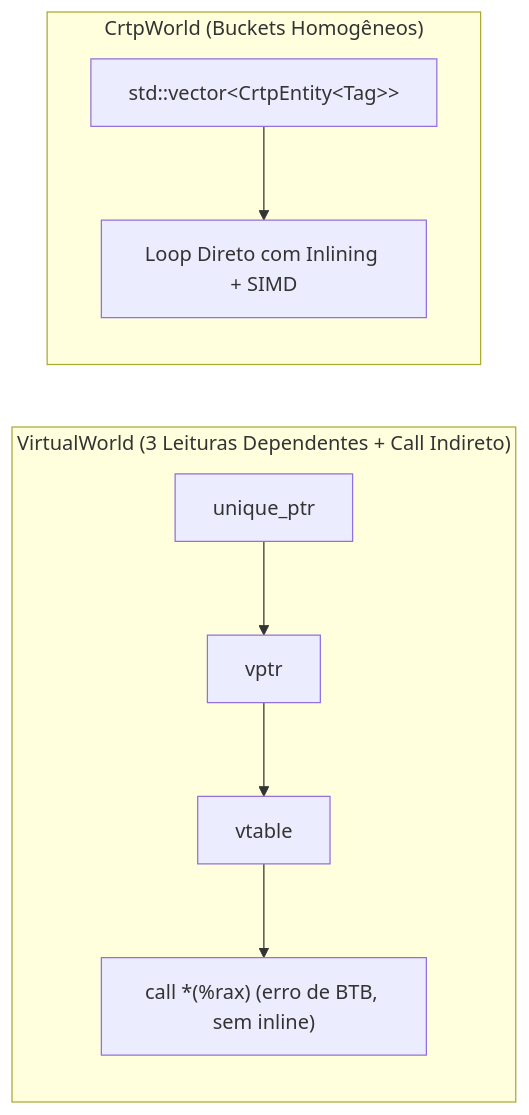
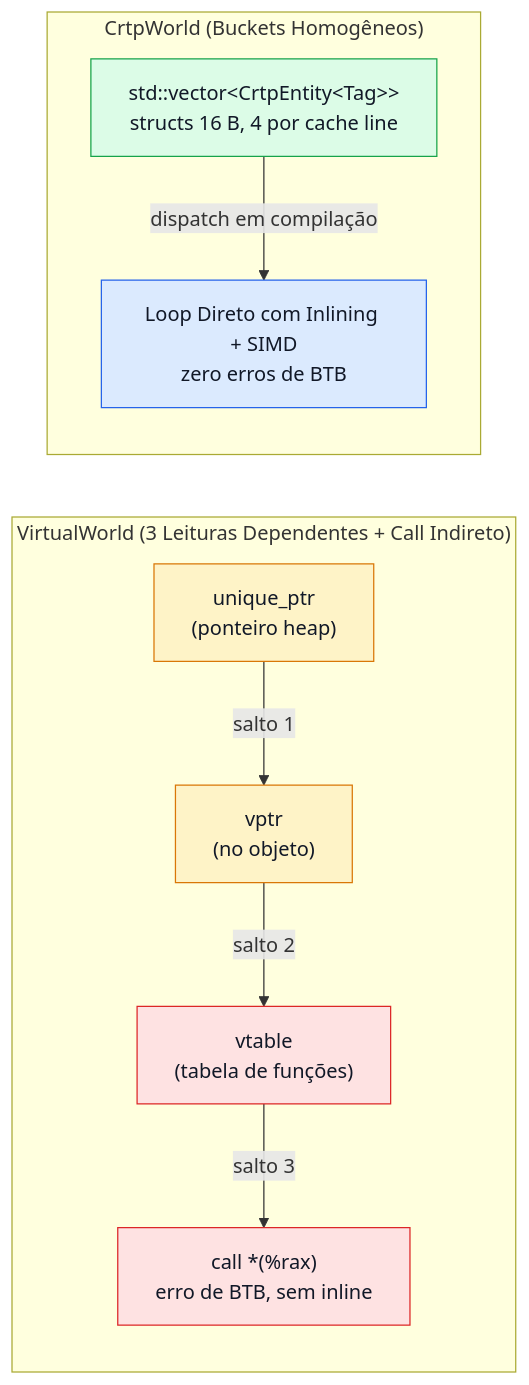
The diagram in lessons/StaticDispatch/Tutorial/pt-br.md (LevyArsOS/cpp-lessons), drawn with Mermaid before and after one commit. The commit also changed other lines of this file and 9 other files, not shown here.

First line of the commit message:
docs(tutorials): upgrade Mermaid diagrams and clarify systems jargon

````diff
--- a/lessons/StaticDispatch/Tutorial/pt-br.md
+++ b/lessons/StaticDispatch/Tutorial/pt-br.md
@@ -42,9 +42,14 @@
 ```mermaid
 flowchart LR
+    classDef slow fill:#fee2e2,stroke:#dc2626,color:#111827
+    classDef fast fill:#dcfce7,stroke:#16a34a,color:#111827
+    classDef cpu fill:#dbeafe,stroke:#2563eb,color:#111827
+    classDef warn fill:#fef3c7,stroke:#d97706,color:#111827
+
     subgraph Virtual["VirtualWorld (3 Leituras Dependentes + Call Indireto)"]
-        U["unique_ptr"] --> V["vptr"] --> T["vtable"] --> C["call *(%rax) (erro de BTB, sem inline)"]
+        U["unique_ptr<br/>(ponteiro heap)"]:::warn -->|"salto 1"| V["vptr<br/>(no objeto)"]:::warn -->|"salto 2"| T["vtable<br/>(tabela de funções)"]:::slow -->|"salto 3"| C["call *(%rax)<br/>erro de BTB, sem inline"]:::slow
     end
     subgraph CRTP["CrtpWorld (Buckets Homogêneos)"]
-        B["std::vector&lt;CrtpEntity&lt;Tag&gt;&gt;"] --> I["Loop Direto com Inlining + SIMD"]
+        B["std::vector&lt;CrtpEntity&lt;Tag&gt;&gt;<br/>structs 16 B, 4 por cache line"]:::fast -->|"dispatch em compilação"| I["Loop Direto com Inlining + SIMD<br/>zero erros de BTB"]:::cpu
     end
 ```
````
